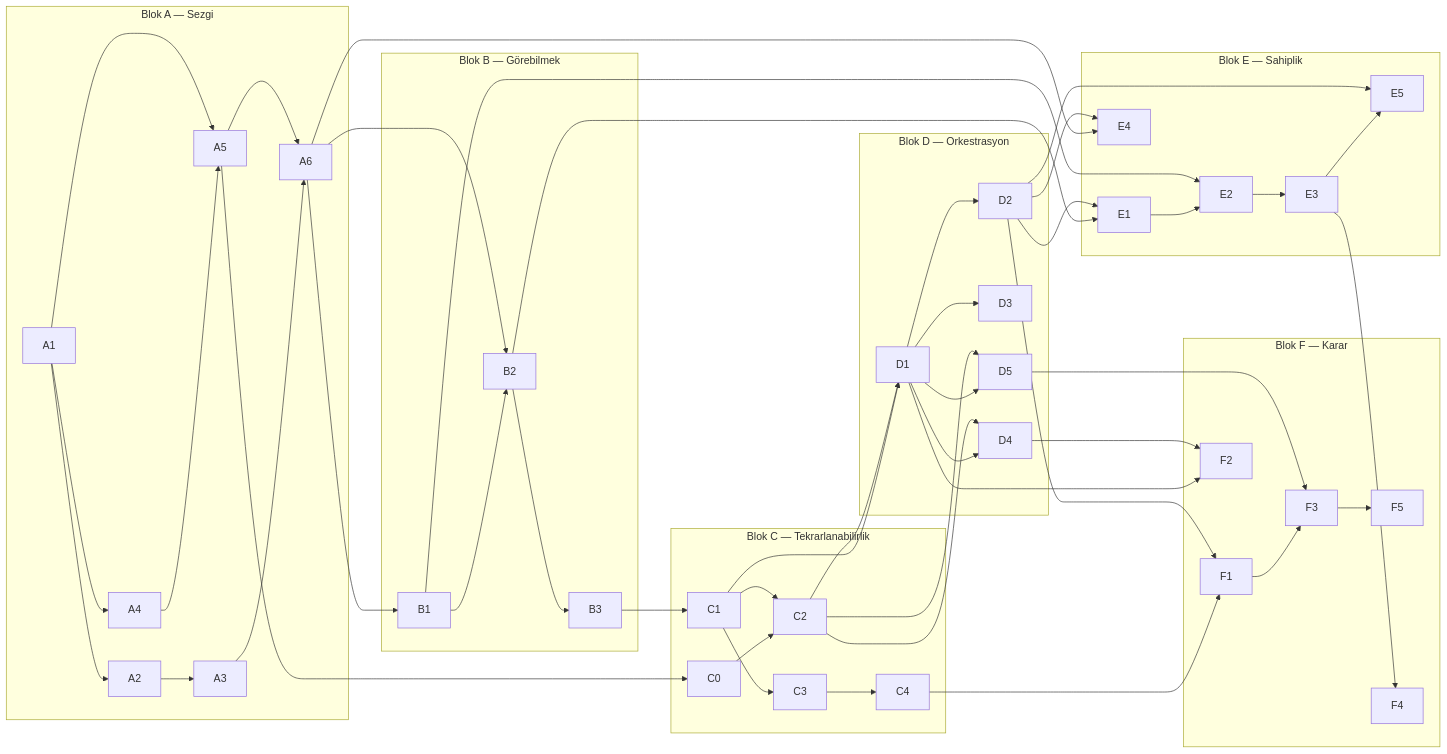
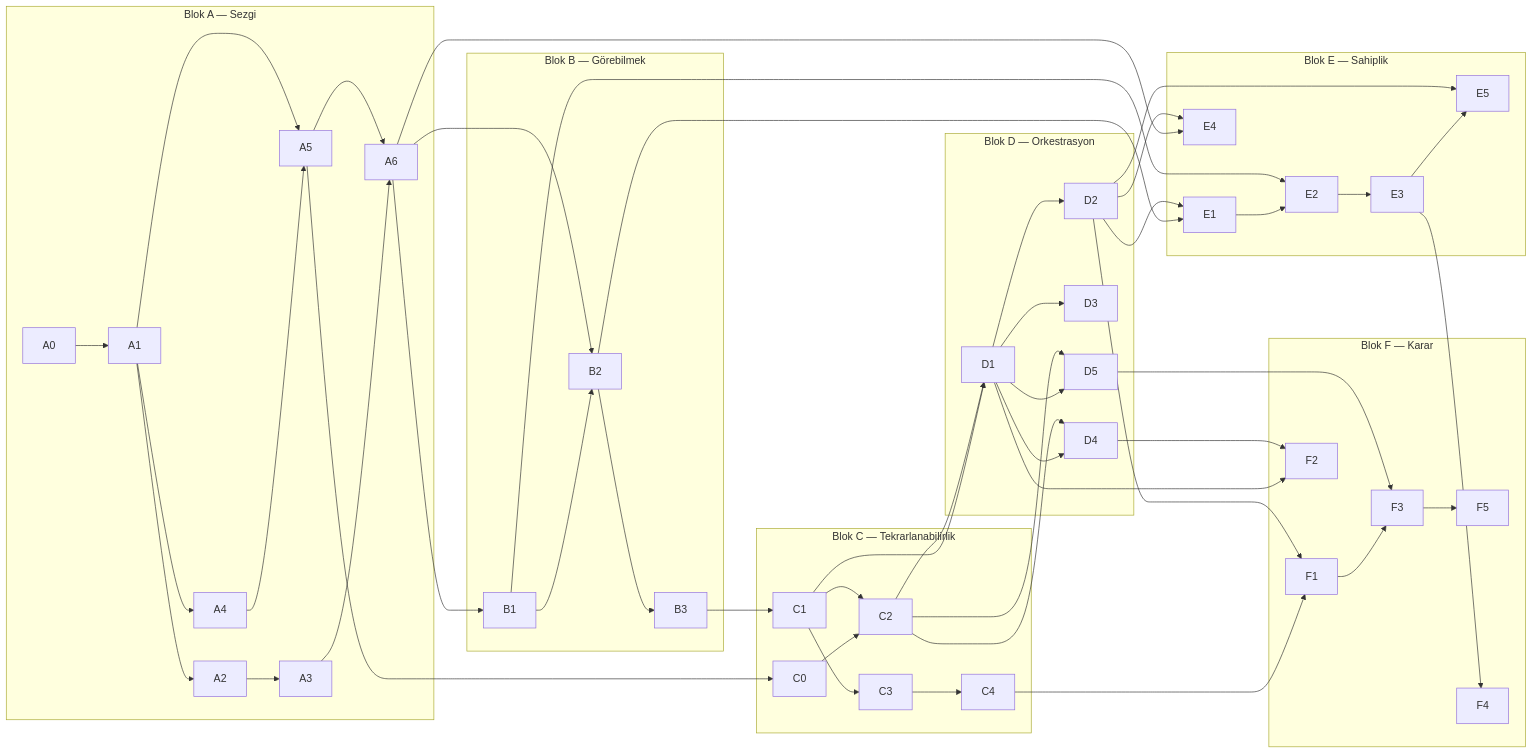
One commit to halilibrahimd27/DevOps changed the diagram in 22-Learning-Path/CURRICULUM.md. Above: the diagram before and after it, drawn with Mermaid. The commit also changed other lines of this file and 7 other files, not shown here.

````diff
--- a/22-Learning-Path/CURRICULUM.md
+++ b/22-Learning-Path/CURRICULUM.md
@@ -67,44 +68,45 @@
 ```mermaid
 graph LR
   subgraph A["Blok A — Sezgi"]
+    A0 --> A1
     A1 --> A2 --> A3
     A1 --> A4 --> A5
     A1 --> A5
     A3 --> A6
     A5 --> A6
   end
   subgraph B["Blok B — Görebilmek"]
     A6 --> B1 --> B2 --> B3
     A6 --> B2
   end
   subgraph C["Blok C — Tekrarlanabilirlik"]
     A5 --> C0 --> C2
     B3 --> C1 --> C2
     C1 --> C3 --> C4
   end
   subgraph D["Blok D — Orkestrasyon"]
     C1 --> D1
     C2 --> D1 --> D2
     D1 --> D3
     D1 --> D4
     C2 --> D4
     D1 --> D5
     C2 --> D5
   end
   subgraph E["Blok E — Sahiplik"]
     B2 --> E1
     D2 --> E1 --> E2 --> E3 --> E5
     B1 --> E2
     A6 --> E4
     D2 --> E4
     D2 --> E5
   end
   subgraph F["Blok F — Karar"]
     C4 --> F1 --> F3 --> F5
     D2 --> F1
     D1 --> F2
     D4 --> F2
     D5 --> F3
     E3 --> F4
   end
 ```
````
